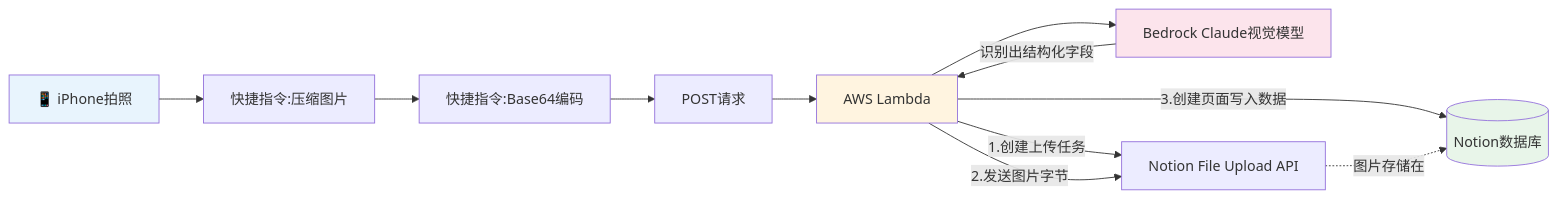
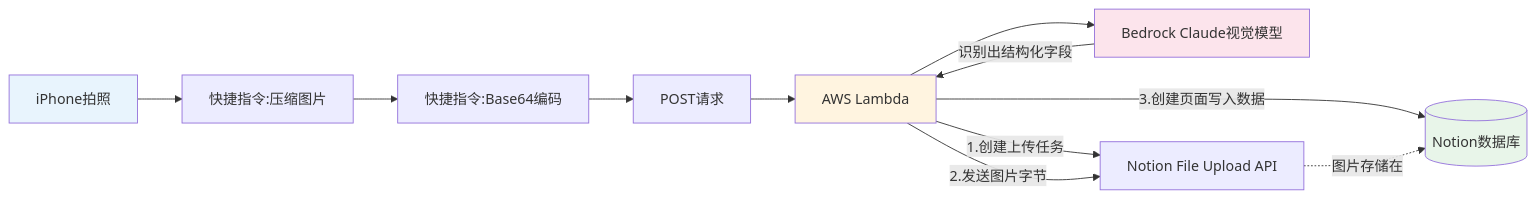
Before and after one commit to ouharu/ouharu.github.io: the diagram in source/_posts/AI-AutoAccounting-using-claude.md, drawn with Mermaid.

Commit message:
mermaid 显示问题解决

````diff
--- a/source/_posts/AI-AutoAccounting-using-claude.md
+++ b/source/_posts/AI-AutoAccounting-using-claude.md
@@ -29,18 +29,18 @@
 ```mermaid
-flowchart LR
-    A[📱 iPhone拍照] --> B[快捷指令:压缩图片]
+graph LR
+    A[ iPhone拍照] --> B[快捷指令:压缩图片]
     B --> C[快捷指令:Base64编码]
     C --> D[POST请求]
     D --> E[AWS Lambda]
     E --> F[Bedrock Claude视觉模型]
     F -->|识别出结构化字段| E
     E -->|1.创建上传任务| G[Notion File Upload API]
     E -->|2.发送图片字节| G
     E -->|3.创建页面写入数据| H[(Notion数据库)]
-    G -.图片存储在.-> H
+    G -. 图片存储在 .-> H
 
     style A fill:#e8f4fd
     style E fill:#fff4e0
     style F fill:#fce4ec
     style H fill:#e8f5e9
 ```
````
